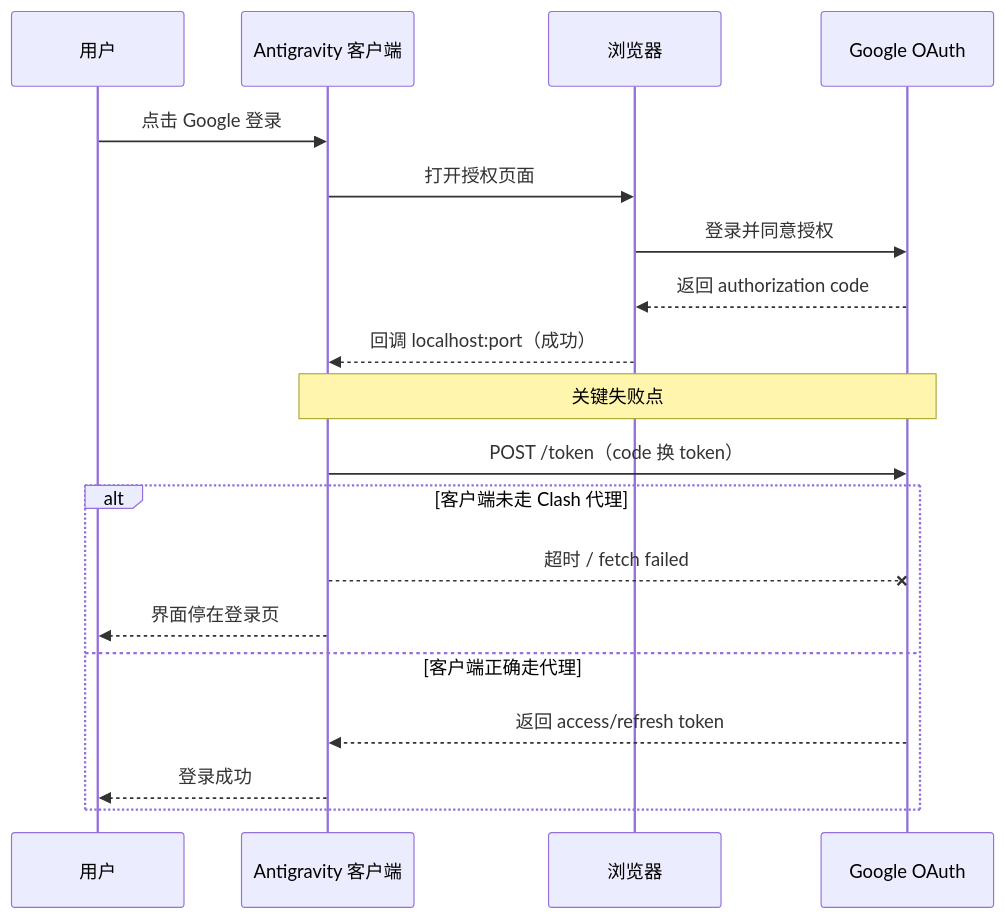
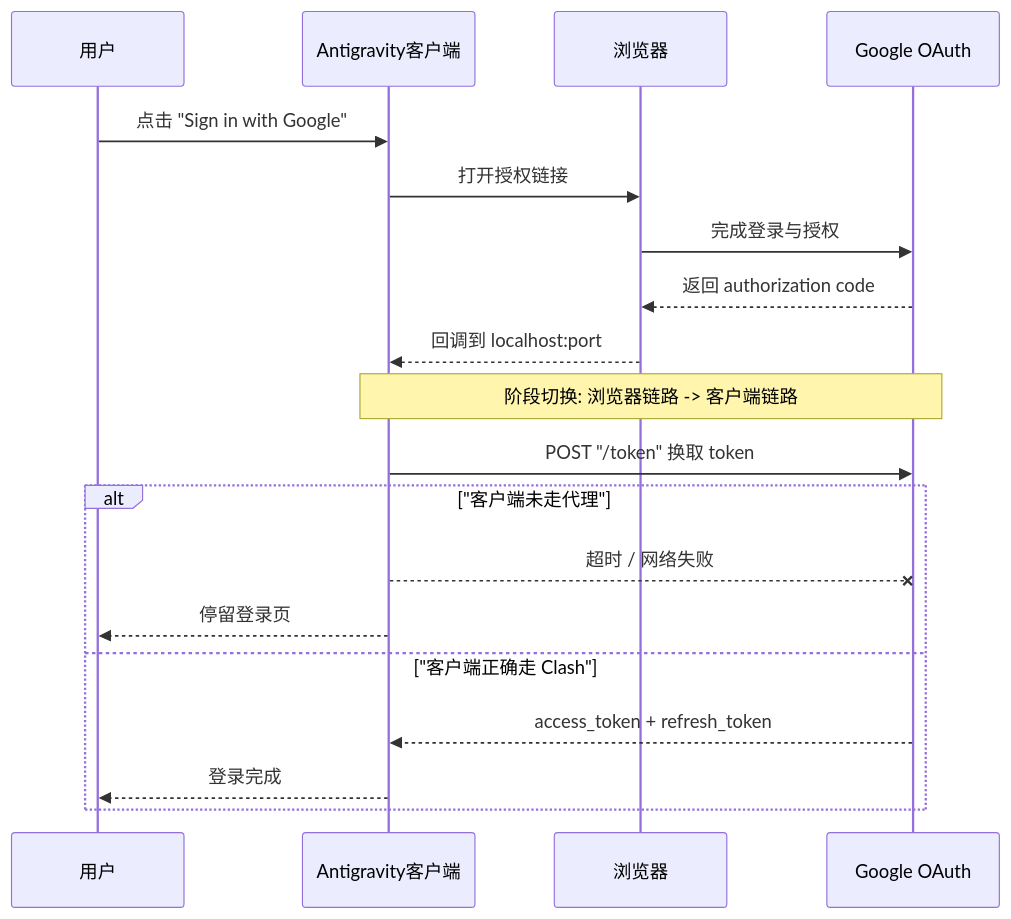
The first of 2 diagrams in _posts/2026-03-08-Antigravity-登录卡死排查实录-Google网页登录成功但客户端没反应-Clash场景.markdown (JimmyWangJimmy/JimmyWangJimmy.github.io), drawn with Mermaid before and after one commit. The commit also changed other lines of this file, not shown here.

Commit message:
content: deeply rewrite Antigravity OAuth troubleshooting post

````diff
--- a/_posts/2026-03-08-Antigravity-登录卡死排查实录-Google网页登录成功但客户端没反应-Clash场景.markdown
+++ b/_posts/2026-03-08-Antigravity-登录卡死排查实录-Google网页登录成功但客户端没反应-Clash场景.markdown
@@ -76,23 +73,23 @@
 ```mermaid
 sequenceDiagram
     participant U as 用户
-    participant A as Antigravity 客户端
+    participant A as Antigravity客户端
     participant B as 浏览器
     participant G as Google OAuth
 
-    U->>A: 点击 Google 登录
-    A->>B: 打开授权页面
-    B->>G: 登录并同意授权
+    U->>A: 点击 "Sign in with Google"
+    A->>B: 打开授权链接
+    B->>G: 完成登录与授权
     G-->>B: 返回 authorization code
-    B-->>A: 回调 localhost:port（成功）
+    B-->>A: 回调到 localhost:port
 
-    Note over A,G: 关键失败点
-    A->>G: POST /token（code 换 token）
-    alt 客户端未走 Clash 代理
-        A--xG: 超时 / fetch failed
-        A-->>U: 界面停在登录页
-    else 客户端正确走代理
-        G-->>A: 返回 access/refresh token
-        A-->>U: 登录成功
+    Note over A,G: 阶段切换: 浏览器链路 -> 客户端链路
+    A->>G: POST "/token" 换取 token
+    alt "客户端未走代理"
+        A--xG: 超时 / 网络失败
+        A-->>U: 停留登录页
+    else "客户端正确走 Clash"
+        G-->>A: access_token + refresh_token
+        A-->>U: 登录完成
     end
 ```
````
